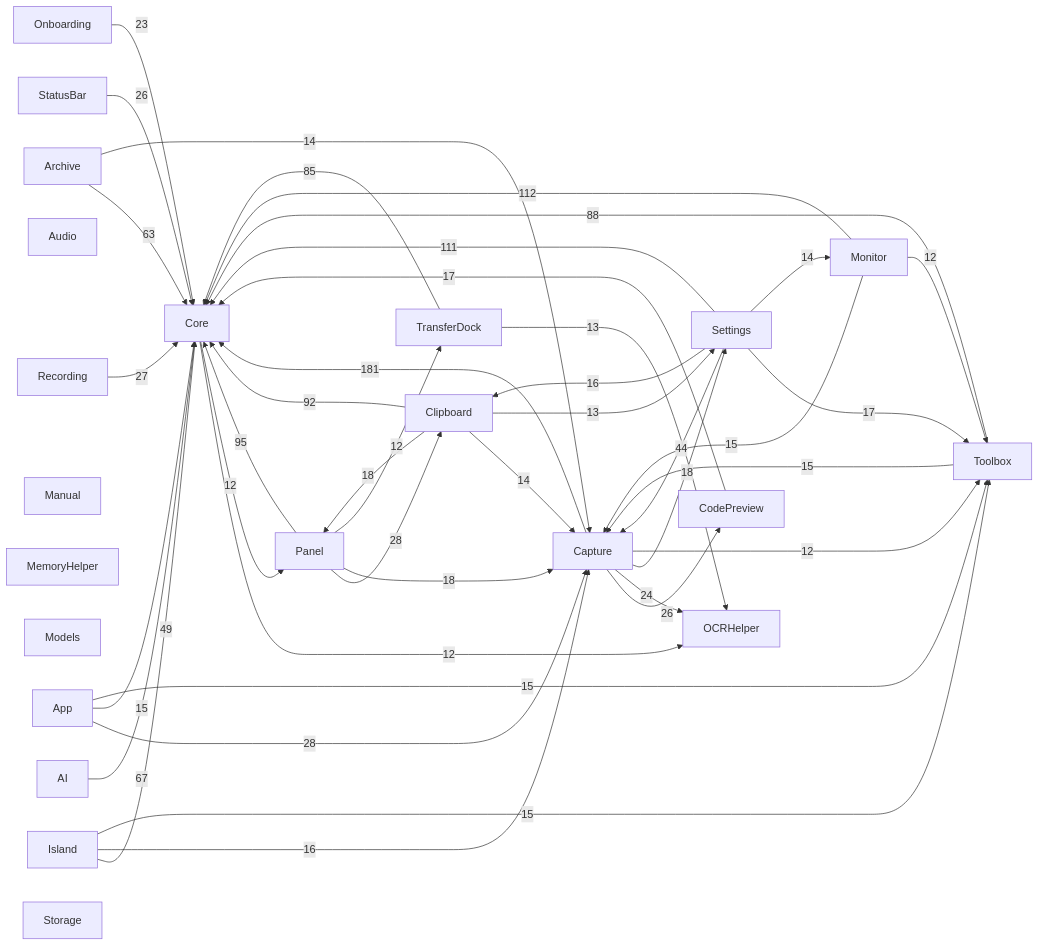
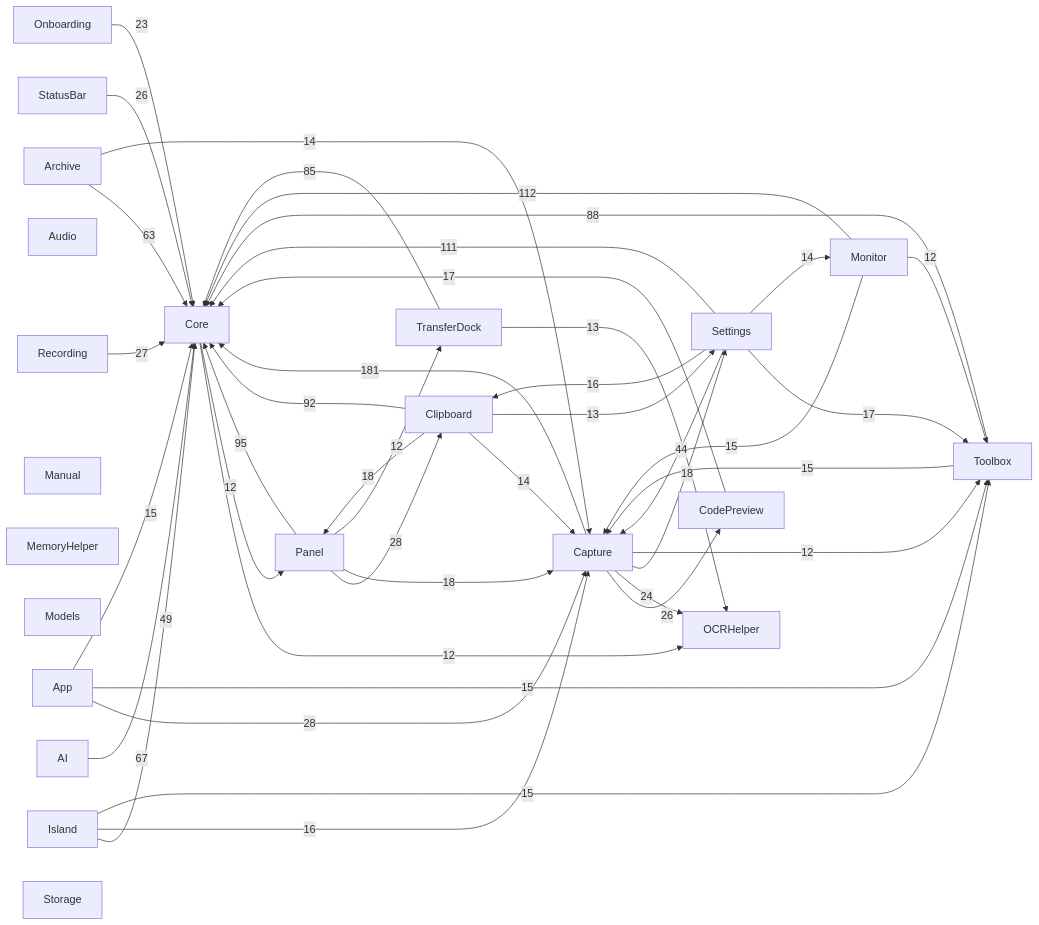
The diagram in docs/00-总览/模块依赖图.md (sxyq/Kitnest), drawn with Mermaid before and after one commit. The commit also changed other lines of this file and 8 other files, not shown here.

````diff
--- a/docs/00-总览/模块依赖图.md
+++ b/docs/00-总览/模块依赖图.md
@@ -36,65 +36,65 @@
 ```mermaid
 flowchart LR
   M0["AI"]
   M1["App"]
   M2["Archive"]
   M3["Audio"]
   M4["Capture"]
   M5["Clipboard"]
   M6["CodePreview"]
   M7["Core"]
   M8["Island"]
   M9["Manual"]
   M10["MemoryHelper"]
   M11["Models"]
   M12["Monitor"]
   M13["OCRHelper"]
   M14["Onboarding"]
   M15["Panel"]
   M16["Recording"]
   M17["Settings"]
   M18["StatusBar"]
   M19["Storage"]
   M20["Toolbox"]
   M21["TransferDock"]
   M4 -->|181| M7
   M12 -->|112| M7
   M17 -->|111| M7
   M15 -->|95| M7
   M5 -->|92| M7
   M20 -->|88| M7
   M21 -->|85| M7
   M0 -->|67| M7
   M2 -->|63| M7
   M8 -->|49| M7
   M17 -->|44| M4
   M1 -->|28| M4
   M15 -->|28| M5
   M16 -->|27| M7
   M4 -->|26| M6
   M18 -->|26| M7
   M4 -->|24| M13
   M14 -->|23| M7
   M4 -->|18| M17
   M15 -->|18| M4
   M5 -->|18| M15
   M17 -->|17| M20
   M6 -->|17| M7
   M17 -->|16| M5
   M8 -->|16| M4
+  M1 -->|15| M20
   M1 -->|15| M7
-  M1 -->|15| M20
   M12 -->|15| M4
   M20 -->|15| M4
   M8 -->|15| M20
   M17 -->|14| M12
   M2 -->|14| M4
   M5 -->|14| M4
   M21 -->|13| M13
   M5 -->|13| M17
   M7 -->|12| M13
   M7 -->|12| M15
   M4 -->|12| M20
   M12 -->|12| M20
   M15 -->|12| M21
 ```
````
